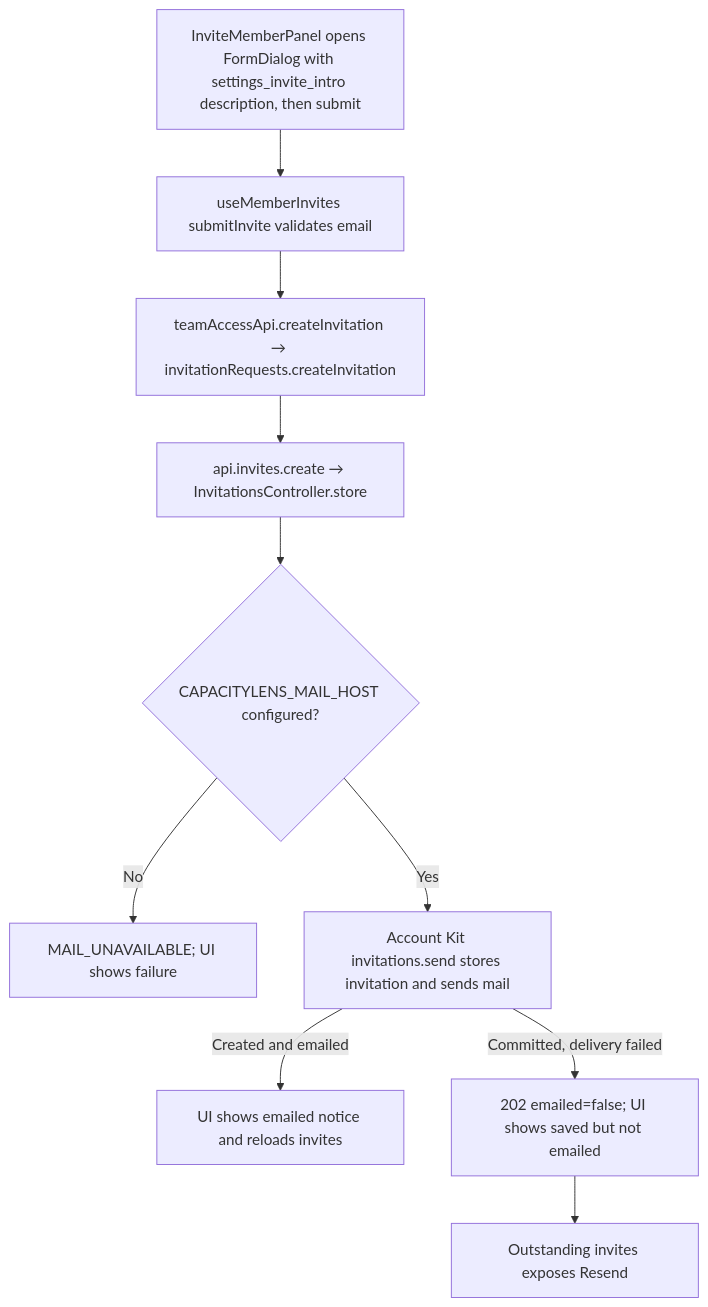
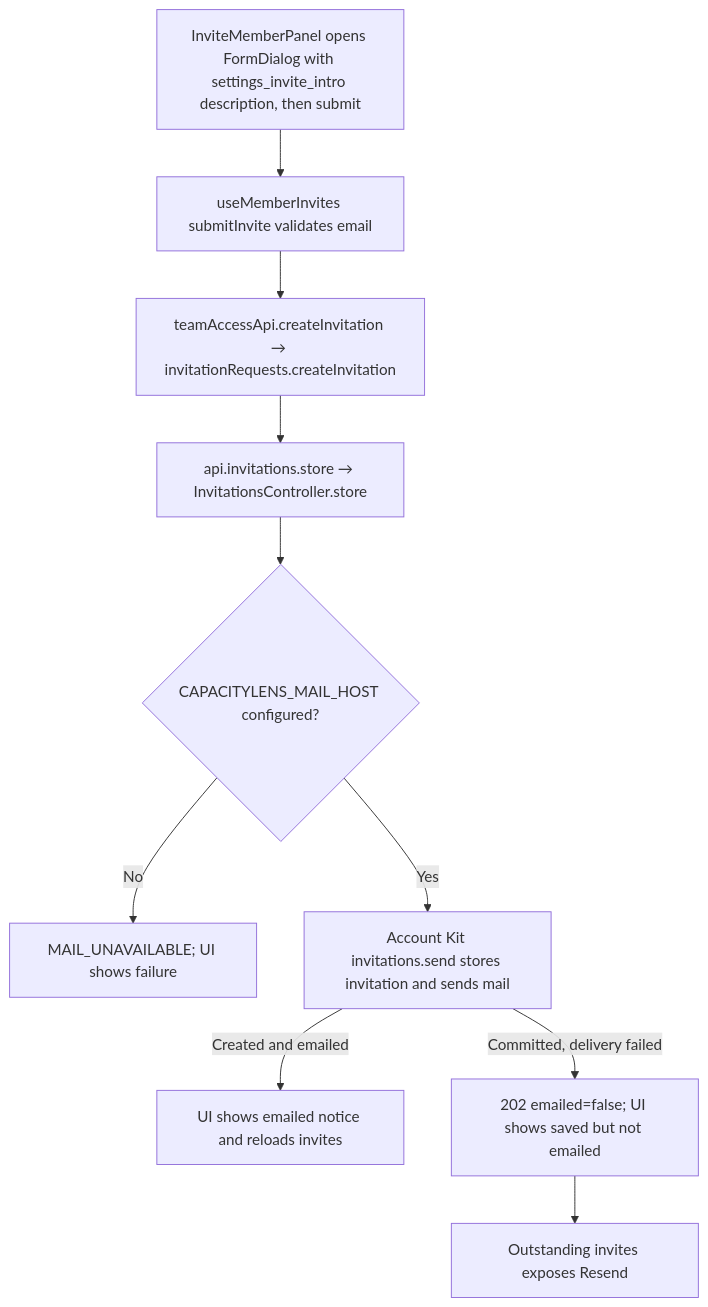
Before and after one commit to Kevinjohn/capacitylens: the second of 2 diagrams in user-stories/team/US-TEAM-02-invite-member.md, drawn with Mermaid. The commit also changed 153 other files, not shown here.

First line of the commit message:
Routes: one /api group with generated route names

````diff
--- a/user-stories/team/US-TEAM-02-invite-member.md
+++ b/user-stories/team/US-TEAM-02-invite-member.md
@@ -38,12 +38,12 @@
 ```mermaid
 flowchart TD
     Panel["InviteMemberPanel opens FormDialog with settings_invite_intro description, then submit"] --> Hook["useMemberInvites submitInvite validates email"]
     Hook --> Client["teamAccessApi.createInvitation → invitationRequests.createInvitation"]
-    Client --> Route["api.invites.create → InvitationsController.store"]
+    Client --> Route["api.invitations.store → InvitationsController.store"]
     Route --> MailConfig{"CAPACITYLENS_MAIL_HOST configured?"}
     MailConfig -- "No" --> Refused["MAIL_UNAVAILABLE; UI shows failure"]
     MailConfig -- "Yes" --> Kit["Account Kit invitations.send stores invitation and sends mail"]
     Kit -->|"Created and emailed"| Saved["UI shows emailed notice and reloads invites"]
     Kit -->|"Committed, delivery failed"| Stored["202 emailed=false; UI shows saved but not emailed"]
     Stored --> Resend["Outstanding invites exposes Resend"]
 ```
````
